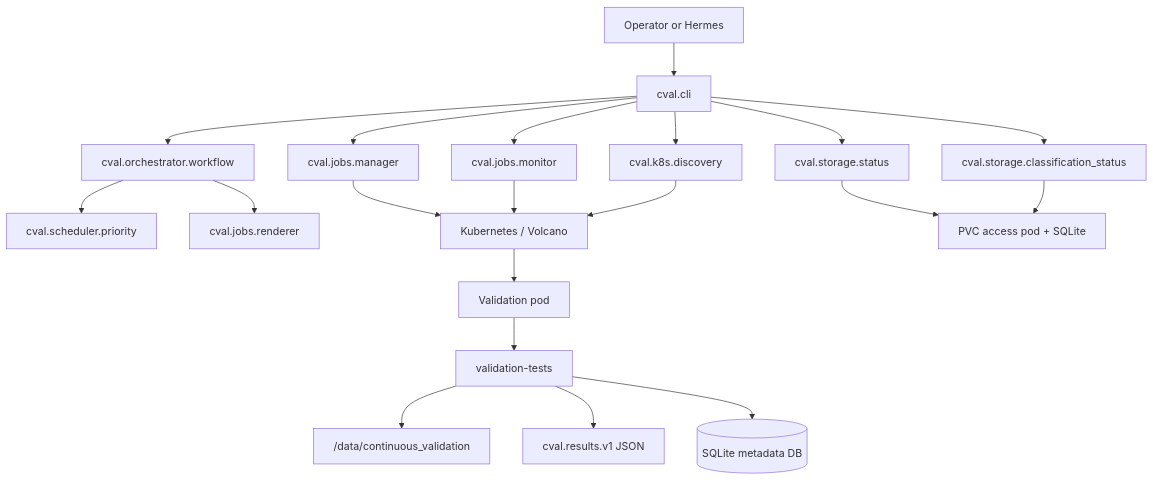
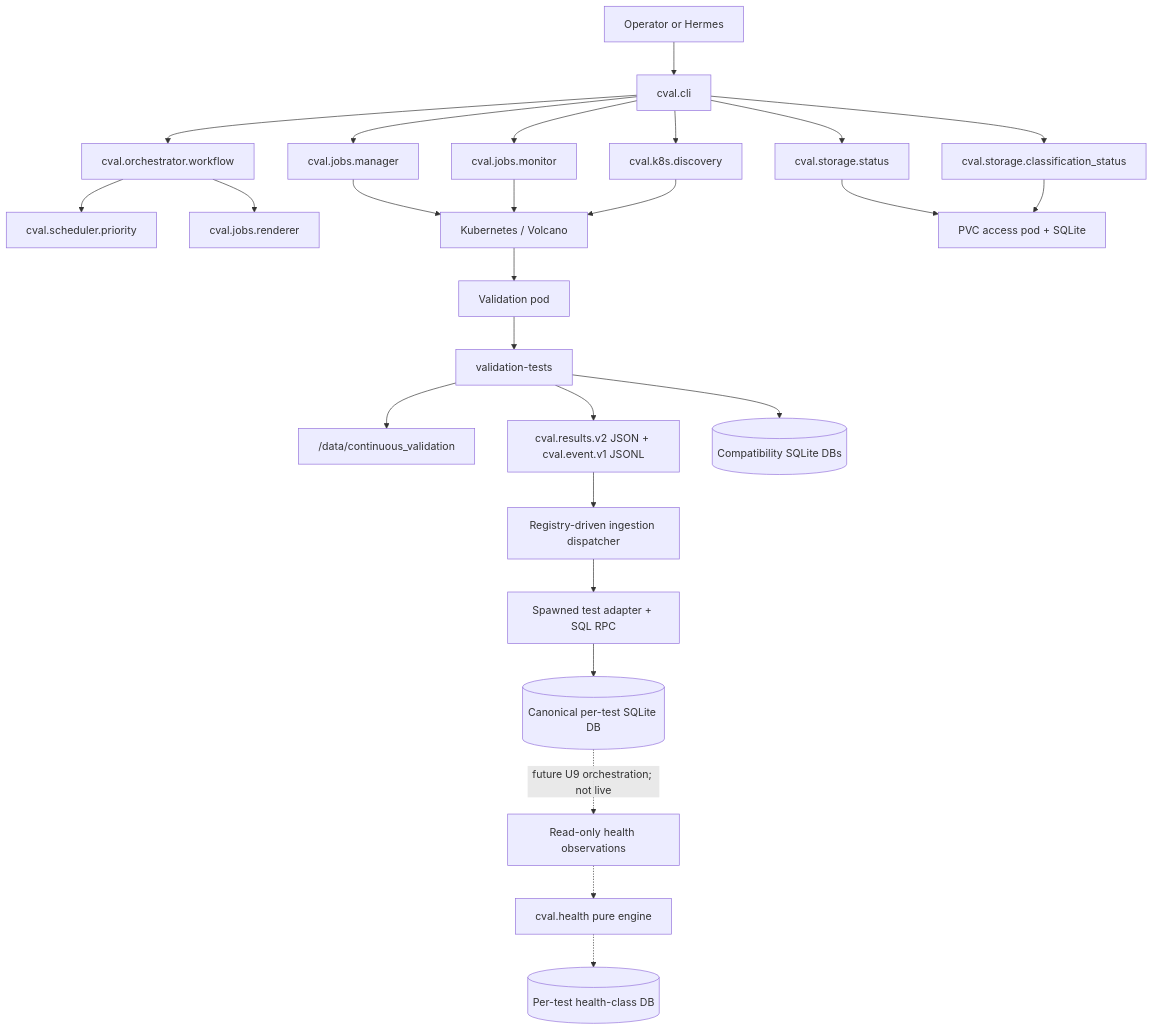
One commit to IamNirmata/c-val changed the diagram in docs/architecture.md. Above: the diagram before and after it, drawn with Mermaid. The commit also changed other lines of this file and 113 other files, not shown here.

````diff
--- a/docs/architecture.md
+++ b/docs/architecture.md
@@ -9,22 +9,28 @@
 ```mermaid
 flowchart TB
     Operator["Operator or Hermes"] --> CLI["cval.cli"]
     CLI --> Discovery["cval.k8s.discovery"]
     CLI --> Status["cval.storage.status"]
     CLI --> ClassStatus["cval.storage.classification_status"]
     CLI --> Workflow["cval.orchestrator.workflow"]
     Workflow --> Priority["cval.scheduler.priority"]
     Workflow --> Renderer["cval.jobs.renderer"]
     CLI --> Manager["cval.jobs.manager"]
     CLI --> Monitor["cval.jobs.monitor"]
     Manager --> Kube["Kubernetes / Volcano"]
     Monitor --> Kube
     Discovery --> Kube
     Status --> PVC["PVC access pod + SQLite"]
     ClassStatus --> PVC
     Kube --> ValidationPod["Validation pod"]
     ValidationPod --> Scripts["validation-tests"]
     Scripts --> Artifacts["/data/continuous_validation"]
-    Scripts --> ResultJson["cval.results.v1 JSON"]
-    Scripts --> DB[(SQLite metadata DB)]
+    Scripts --> ResultJson["cval.results.v2 JSON + cval.event.v1 JSONL"]
+    Scripts --> CompatDB[(Compatibility SQLite DBs)]
+    ResultJson --> Ingestion["Registry-driven ingestion dispatcher"]
+    Ingestion --> Adapter["Spawned test adapter + SQL RPC"]
+    Adapter --> PerTestDB[(Canonical per-test SQLite DB)]
+    PerTestDB -. "future U9 orchestration; not live" .-> HealthAdapter["Read-only health observations"]
+    HealthAdapter -.-> HealthEngine["cval.health pure engine"]
+    HealthEngine -.-> HealthDB[(Per-test health-class DB)]
 ```
````
